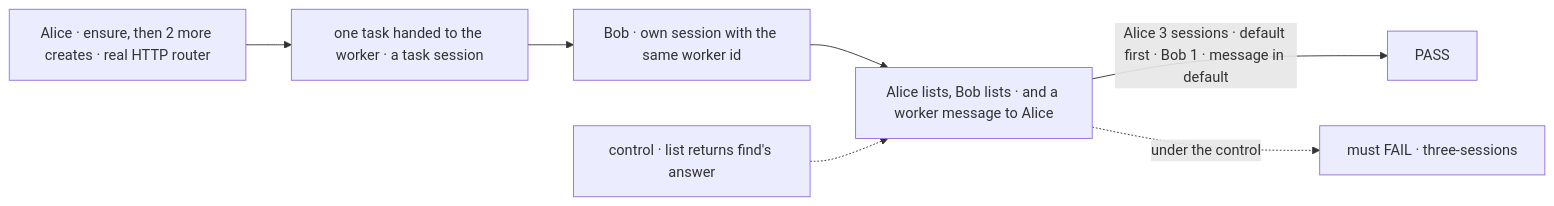
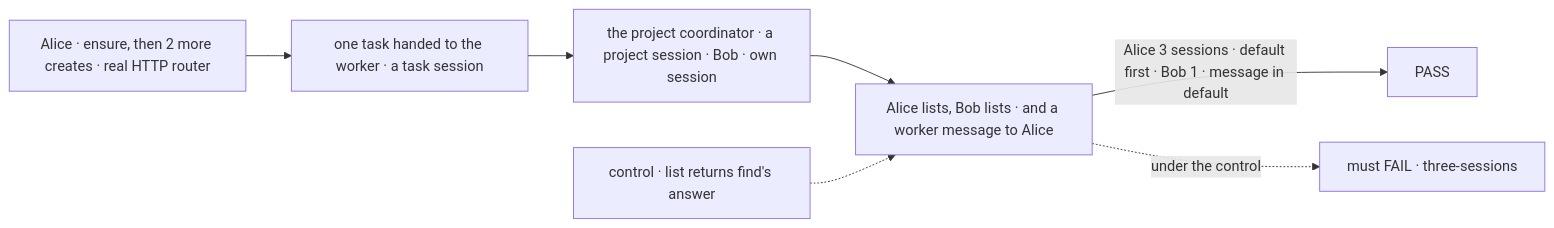
Before and after one commit to fixpoint-labs/flow-state-dev: the first of 3 diagrams in specs/issues/FIX-2158/SPEC.md, drawn with Mermaid. The commit also changed other lines of this file and 1 other file, not shown here.

First line of the commit message:
spec(FIX-2158): goal check covers a top-level project session; messages qualified as worker-addressed

````diff
--- a/specs/issues/FIX-2158/SPEC.md
+++ b/specs/issues/FIX-2158/SPEC.md
@@ -29,9 +29,9 @@
 ```mermaid
 flowchart LR
   A["Alice · ensure, then 2 more creates · real HTTP router"] --> T["one task handed to the worker · a task session"]
-  T --> B["Bob · own session with the same worker id"]
+  T --> B["the project coordinator · a project session · Bob · own session"]
   B --> L["Alice lists, Bob lists · and a worker message to Alice"]
   L -->|"Alice 3 sessions · default first · Bob 1 · message in default"| P["PASS"]
   C["control · list returns find's answer"] -.-> L
   L -.->|"under the control"| F["must FAIL · three-sessions"]
 ```
````
